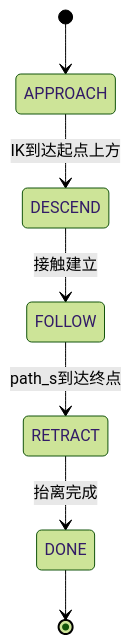
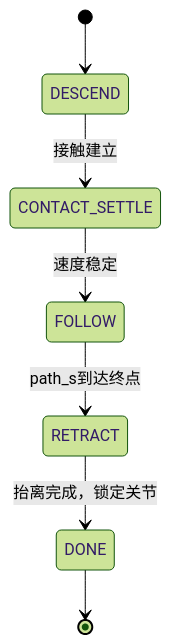
One commit to Guinsoo123/guinsoo-mujoco-platform changed the first of 2 diagrams in src/guinsoo_mujoco/demos/ur5e/surface_wipe/DESIGN.md. Above: the diagram before and after it, drawn with Mermaid (forest theme). The commit also changed other lines of this file and 12 other files, not shown here.

````diff
--- a/src/guinsoo_mujoco/demos/ur5e/surface_wipe/DESIGN.md
+++ b/src/guinsoo_mujoco/demos/ur5e/surface_wipe/DESIGN.md
@@ -31,9 +31,9 @@
 ```mermaid
 stateDiagram-v2
-    [*] --> APPROACH
-    APPROACH --> DESCEND: IK到达起点上方
-    DESCEND --> FOLLOW: 接触建立
+    [*] --> DESCEND
+    DESCEND --> CONTACT_SETTLE: 接触建立
+    CONTACT_SETTLE --> FOLLOW: 速度稳定
     FOLLOW --> RETRACT: path_s到达终点
-    RETRACT --> DONE: 抬离完成
+    RETRACT --> DONE: 抬离完成，锁定关节
     DONE --> [*]
 ```
````
